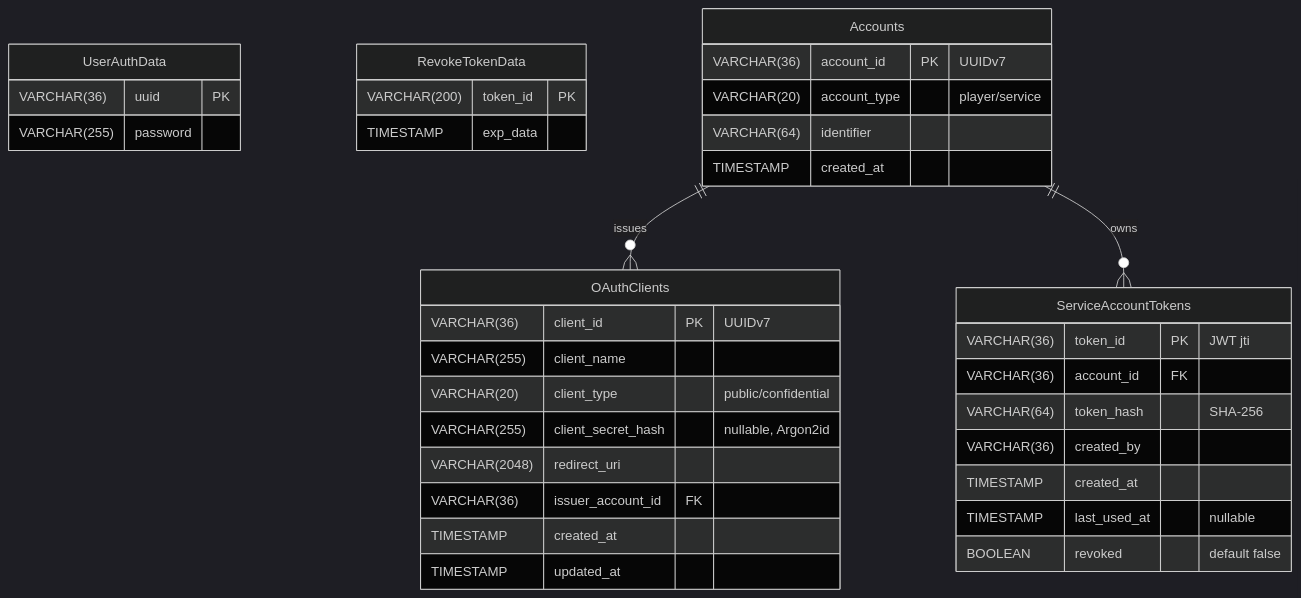
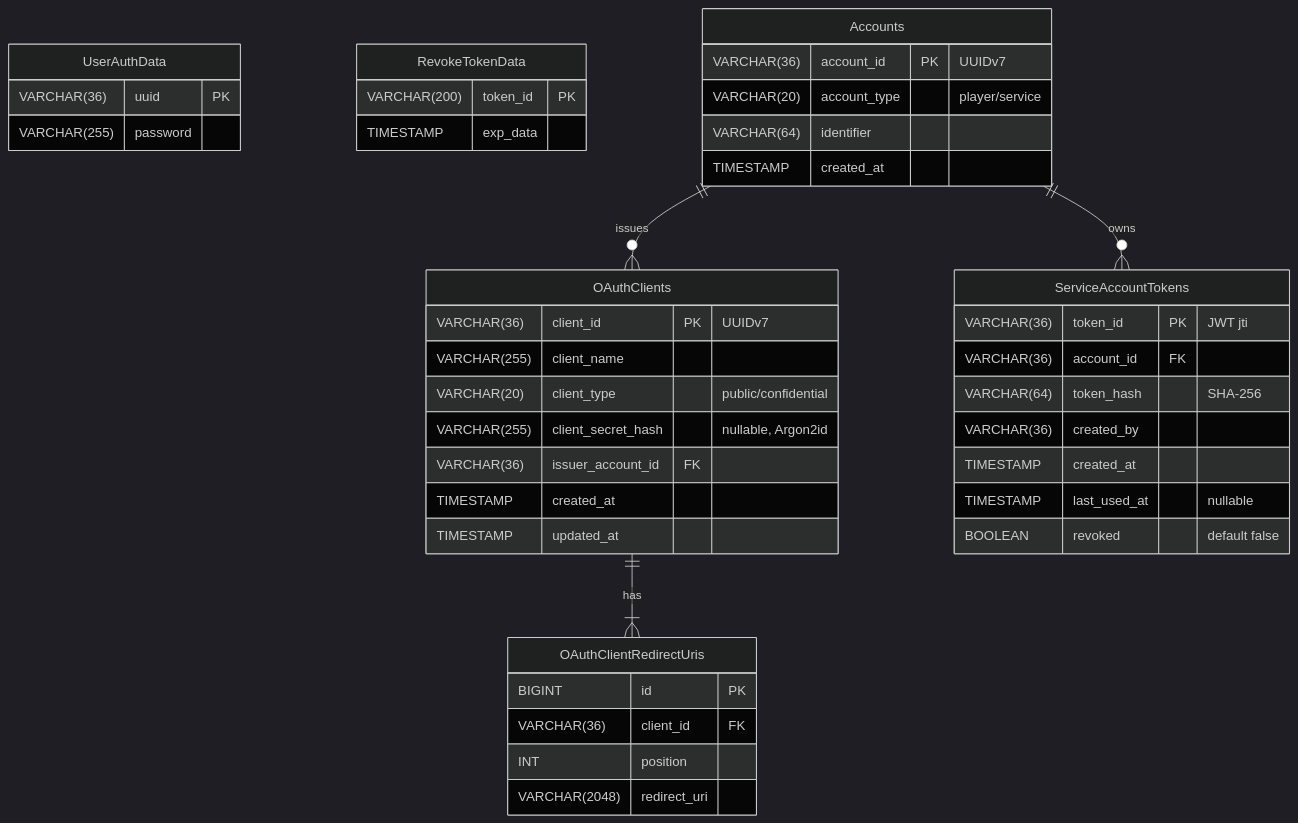
Before and after one commit to morinoparty/MineAuth: the diagram in docs/content/docs/contributer/record/db.mdx, drawn with Mermaid (dark theme). The commit also changed other lines of this file and 20 other files, not shown here.

First line of the commit message:
✨ Support multiple redirect URIs per OAuth client

````diff
--- a/docs/content/docs/contributer/record/db.mdx
+++ b/docs/content/docs/contributer/record/db.mdx
@@ -76,43 +103,50 @@
 ```mermaid
 erDiagram
     UserAuthData {
         VARCHAR(36) uuid PK
         VARCHAR(255) password
     }
 
     RevokeTokenData {
         VARCHAR(200) token_id PK
         TIMESTAMP exp_data
     }
 
     Accounts {
         VARCHAR(36) account_id PK "UUIDv7"
         VARCHAR(20) account_type "player/service"
         VARCHAR(64) identifier
         TIMESTAMP created_at
     }
 
     OAuthClients {
         VARCHAR(36) client_id PK "UUIDv7"
         VARCHAR(255) client_name
         VARCHAR(20) client_type "public/confidential"
         VARCHAR(255) client_secret_hash "nullable, Argon2id"
-        VARCHAR(2048) redirect_uri
         VARCHAR(36) issuer_account_id FK
         TIMESTAMP created_at
         TIMESTAMP updated_at
+    }
+
+    OAuthClientRedirectUris {
+        BIGINT id PK
+        VARCHAR(36) client_id FK
+        INT position
+        VARCHAR(2048) redirect_uri
     }
 
     ServiceAccountTokens {
         VARCHAR(36) token_id PK "JWT jti"
         VARCHAR(36) account_id FK
         VARCHAR(64) token_hash "SHA-256"
         VARCHAR(36) created_by
         TIMESTAMP created_at
         TIMESTAMP last_used_at "nullable"
         BOOLEAN revoked "default false"
     }
 
     Accounts ||--o{ OAuthClients : "issues"
+    OAuthClients ||--|{ OAuthClientRedirectUris : "has"
     Accounts ||--o{ ServiceAccountTokens : "owns"
 ```
````
